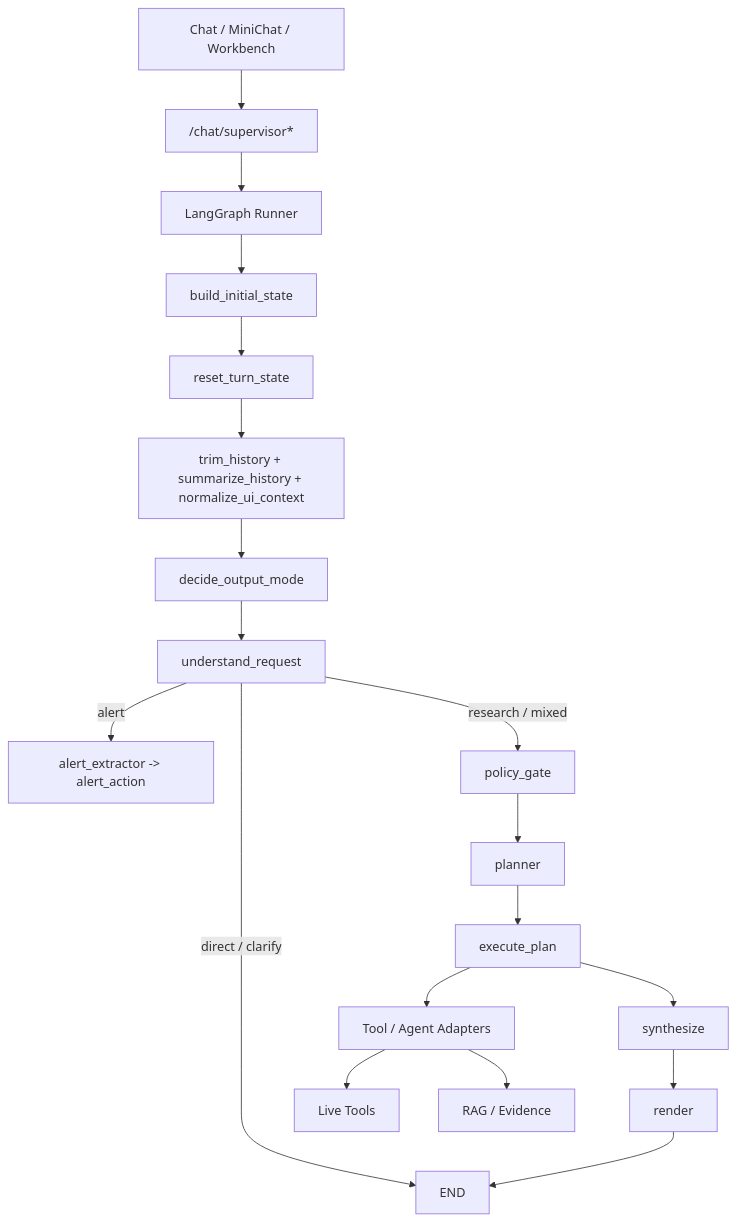
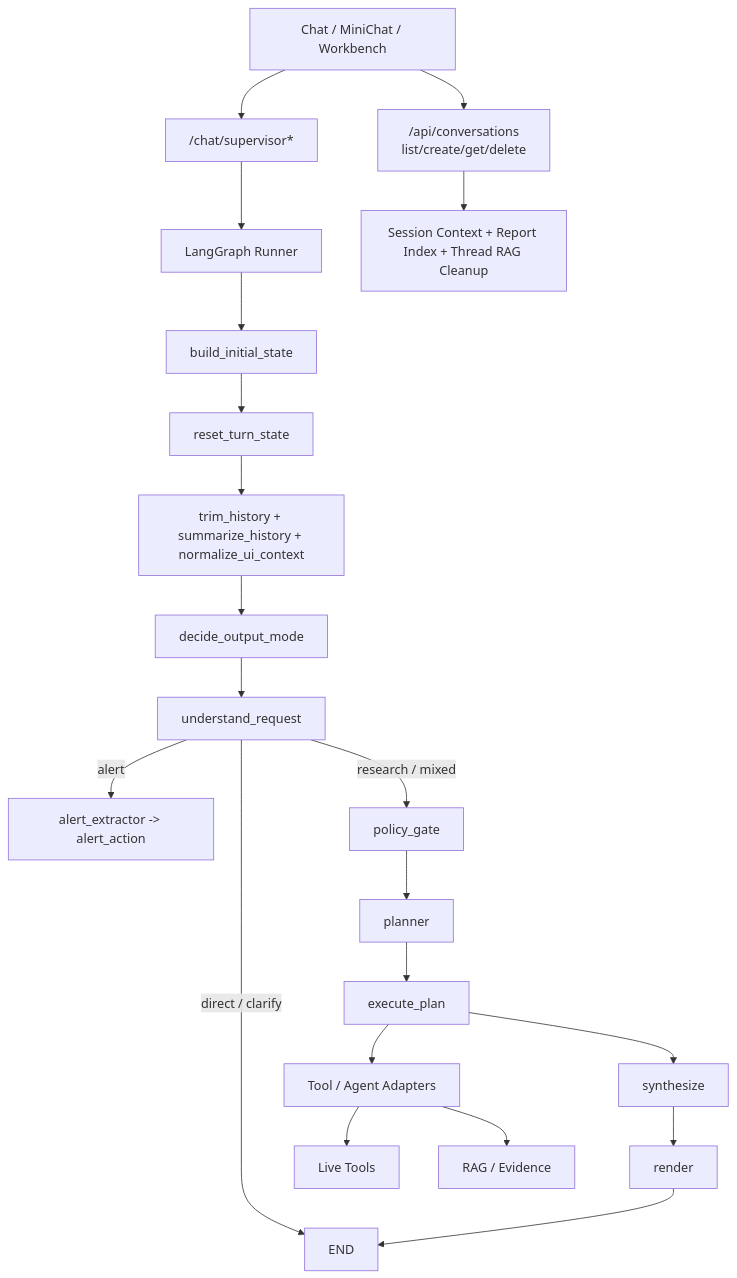
The first of 4 diagrams in docs/06a_LANGGRAPH_DESIGN_SPEC.md (kkkano/FinSight), drawn with Mermaid before and after one commit. The commit also changed other lines of this file and 13 other files, not shown here.

````diff
--- a/docs/06a_LANGGRAPH_DESIGN_SPEC.md
+++ b/docs/06a_LANGGRAPH_DESIGN_SPEC.md
@@ -41,21 +41,23 @@
 ```mermaid
 flowchart TD
   UI[Chat / MiniChat / Workbench] --> CHAT["/chat/supervisor*"]
+  UI --> CONV["/api/conversations<br/>list/create/get/delete"]
   CHAT --> RUNNER[LangGraph Runner]
   RUNNER --> INIT[build_initial_state]
   INIT --> RESET[reset_turn_state]
   RESET --> HISTORY[trim_history + summarize_history + normalize_ui_context]
   HISTORY --> MODE[decide_output_mode]
   MODE --> UNDERSTAND[understand_request]
   UNDERSTAND -->|direct / clarify| ENDNODE[END]
   UNDERSTAND -->|alert| ALERT[alert_extractor -> alert_action]
   UNDERSTAND -->|research / mixed| POLICY[policy_gate]
   POLICY --> PLAN[planner]
   PLAN --> EXEC[execute_plan]
   EXEC --> SYNTH[synthesize]
   SYNTH --> RENDER[render]
   RENDER --> ENDNODE
   EXEC --> TOOLS[Tool / Agent Adapters]
   TOOLS --> LIVE[Live Tools]
   TOOLS --> RAG[RAG / Evidence]
+  CONV --> CTX[Session Context + Report Index + Thread RAG Cleanup]
 ```
````
